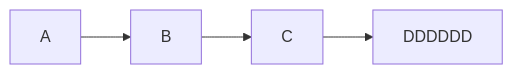
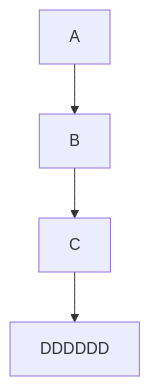
The diagram in _posts/2023-05-09-build.md (ruoqiwan/Joy), drawn with Mermaid before and after one commit.

```diff
--- a/_posts/2023-05-09-build.md
+++ b/_posts/2023-05-09-build.md
@@ -14,6 +14,6 @@
 <div class="mermaid">
-  graph LR
+  graph TD
     A-->B
     B-->C
     C-->DDDDDD
 </div>
```
